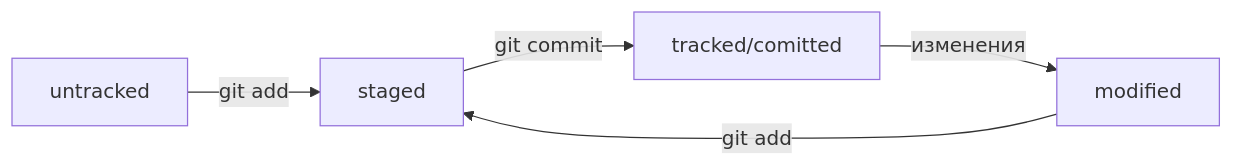
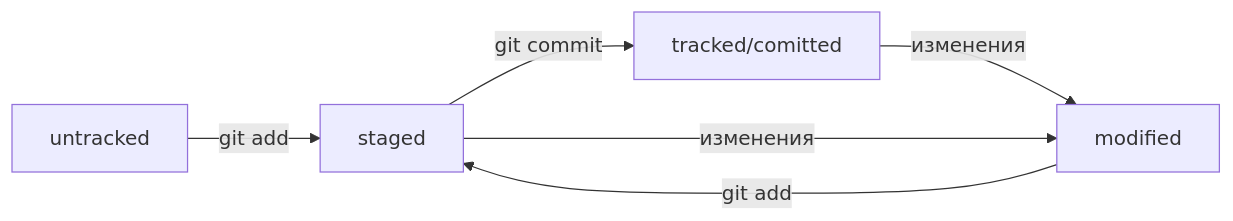
The diagram in README.md (AlexVarnik/git-cheat-sheet), drawn with Mermaid before and after one commit.

Commit message:
fix: отразить переход staged - modified на mermaid-схеме

````diff
--- a/README.md
+++ b/README.md
@@ -242,8 +242,9 @@
 ```mermaid
 graph LR;
   untracked -- "git add" --> staged;
   staged    -- "git commit"     --> tracked/comitted;
   tracked/comitted -- "изменения" --> modified;
-  modified -- "git add" --> staged
+  modified -- "git add" --> staged;
+  staged    -- "изменения"     --> modified;
 
 ``` 
````
